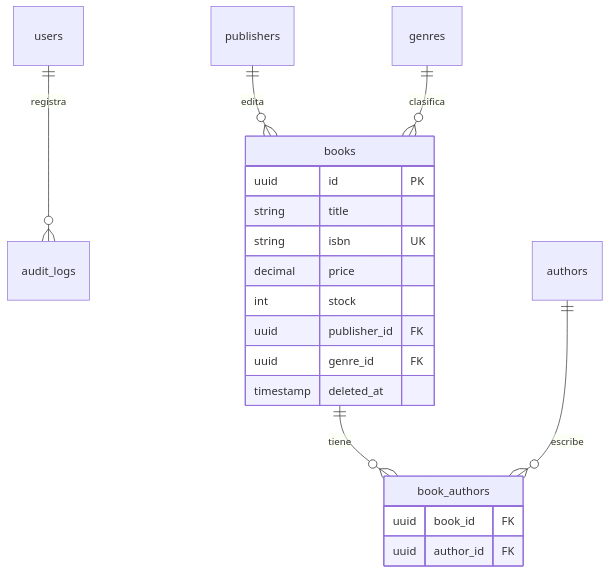
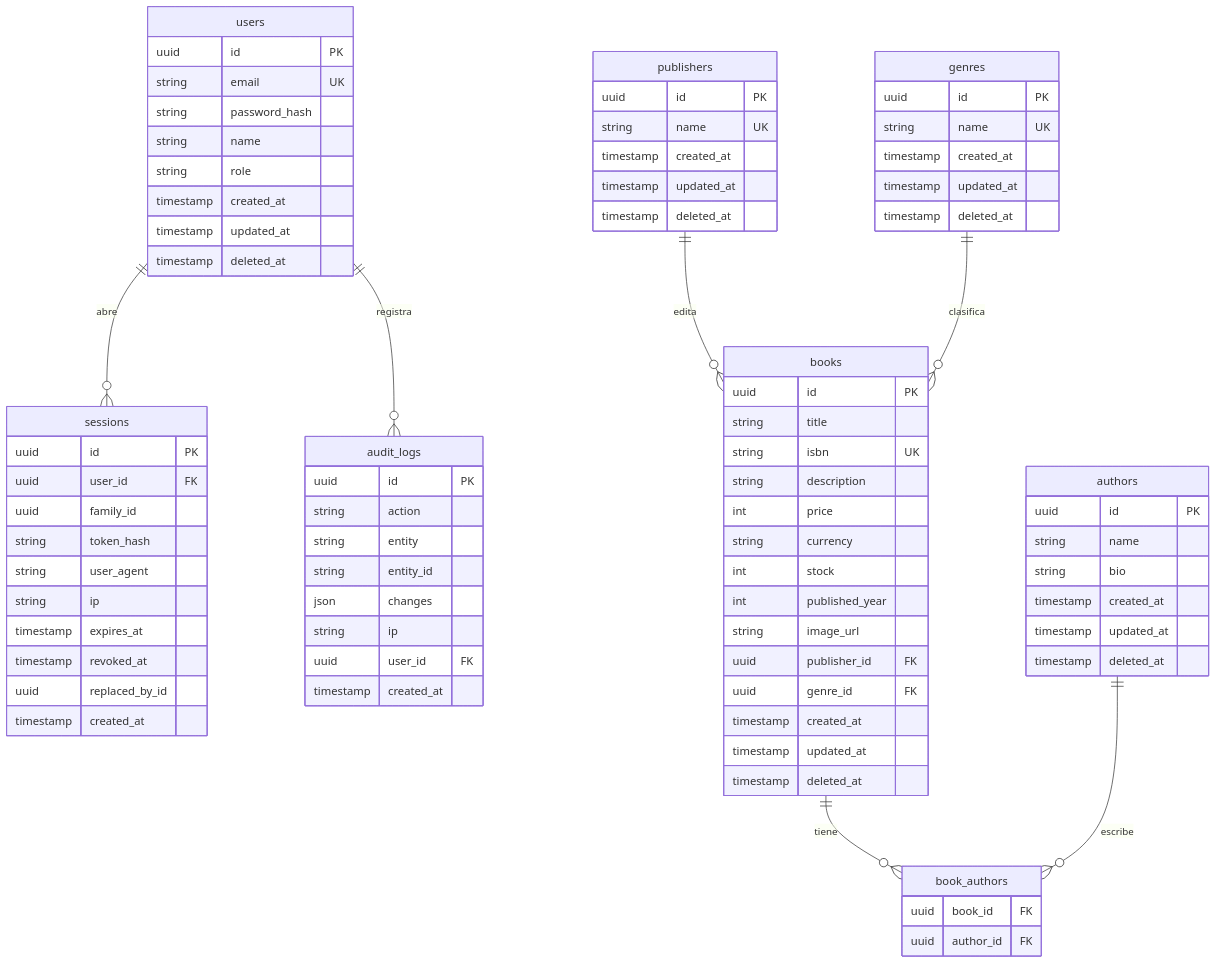
The third of 3 diagrams in docs/architecture.md (JorgeArancibia1/cmpc-monolito), drawn with Mermaid before and after one commit. The commit also changed other lines of this file and 6 other files, not shown here.

````diff
--- a/docs/architecture.md
+++ b/docs/architecture.md
@@ -80,22 +88,84 @@
 ```mermaid
 erDiagram
+  users ||--o{ sessions : abre
   users ||--o{ audit_logs : registra
   publishers ||--o{ books : edita
   genres ||--o{ books : clasifica
   books ||--o{ book_authors : tiene
   authors ||--o{ book_authors : escribe
+
+  users {
+    uuid id PK
+    string email UK
+    string password_hash
+    string name
+    string role
+    timestamp created_at
+    timestamp updated_at
+    timestamp deleted_at
+  }
+  sessions {
+    uuid id PK
+    uuid user_id FK
+    uuid family_id
+    string token_hash
+    string user_agent
+    string ip
+    timestamp expires_at
+    timestamp revoked_at
+    uuid replaced_by_id
+    timestamp created_at
+  }
+  authors {
+    uuid id PK
+    string name
+    string bio
+    timestamp created_at
+    timestamp updated_at
+    timestamp deleted_at
+  }
+  publishers {
+    uuid id PK
+    string name UK
+    timestamp created_at
+    timestamp updated_at
+    timestamp deleted_at
+  }
+  genres {
+    uuid id PK
+    string name UK
+    timestamp created_at
+    timestamp updated_at
+    timestamp deleted_at
+  }
   books {
     uuid id PK
     string title
     string isbn UK
-    decimal price
+    string description
+    int price
+    string currency
     int stock
+    int published_year
+    string image_url
     uuid publisher_id FK
     uuid genre_id FK
+    timestamp created_at
+    timestamp updated_at
     timestamp deleted_at
   }
   book_authors {
     uuid book_id FK
     uuid author_id FK
   }
+  audit_logs {
+    uuid id PK
+    string action
+    string entity
+    string entity_id
+    json changes
+    string ip
+    uuid user_id FK
+    timestamp created_at
+  }
 ```
````
